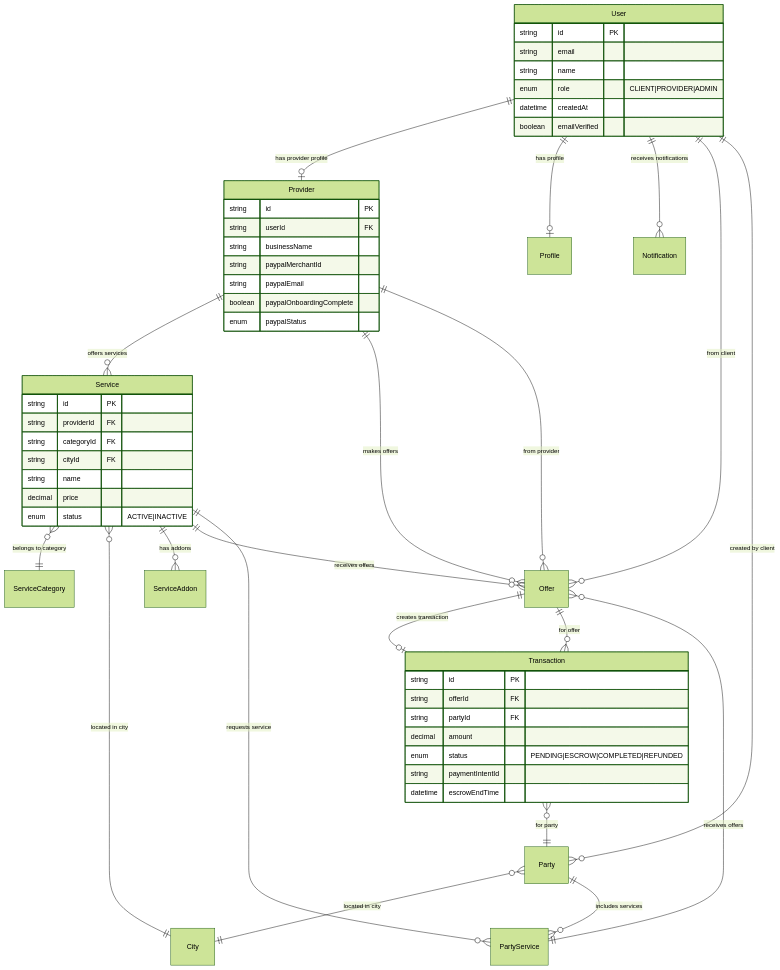
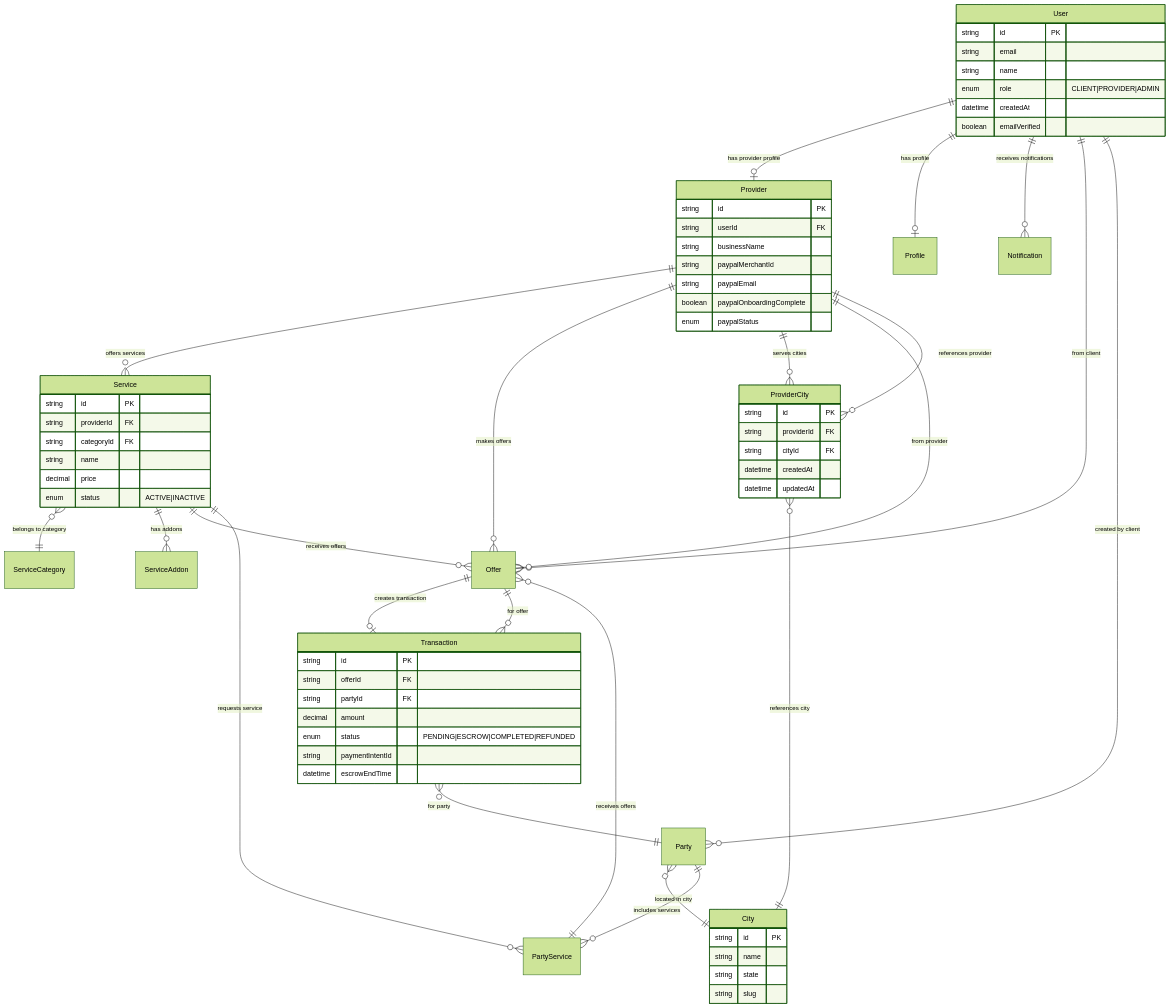
One commit to Tcukanov/allpartyrental changed the second of 6 diagrams in APP_ARCHITECTURE.md. Above: the diagram before and after it, drawn with Mermaid (forest theme). The commit also changed 21 other files, not shown here.

```diff
--- a/APP_ARCHITECTURE.md
+++ b/APP_ARCHITECTURE.md
@@ -34,11 +34,14 @@
     
     Provider ||--o{ Service : "offers services"
     Provider ||--o{ Offer : "makes offers"
+    Provider ||--o{ ProviderCity : "serves cities"
     
     Service }o--|| ServiceCategory : "belongs to category"
-    Service }o--|| City : "located in city"
     Service ||--o{ ServiceAddon : "has addons"
     Service ||--o{ Offer : "receives offers"
+    
+    ProviderCity }o--|| City : "references city"
+    ProviderCity }o--|| Provider : "references provider"
     
     Party }o--|| User : "created by client"
     Party }o--|| City : "located in city"
@@ -77,10 +80,24 @@
         string id PK
         string providerId FK
         string categoryId FK
-        string cityId FK
         string name
         decimal price
         enum status "ACTIVE|INACTIVE"
+    }
+    
+    ProviderCity {
+        string id PK
+        string providerId FK
+        string cityId FK
+        datetime createdAt
+        datetime updatedAt
+    }
+    
+    City {
+        string id PK
+        string name
+        string state
+        string slug
     }
     
     Transaction {
```
